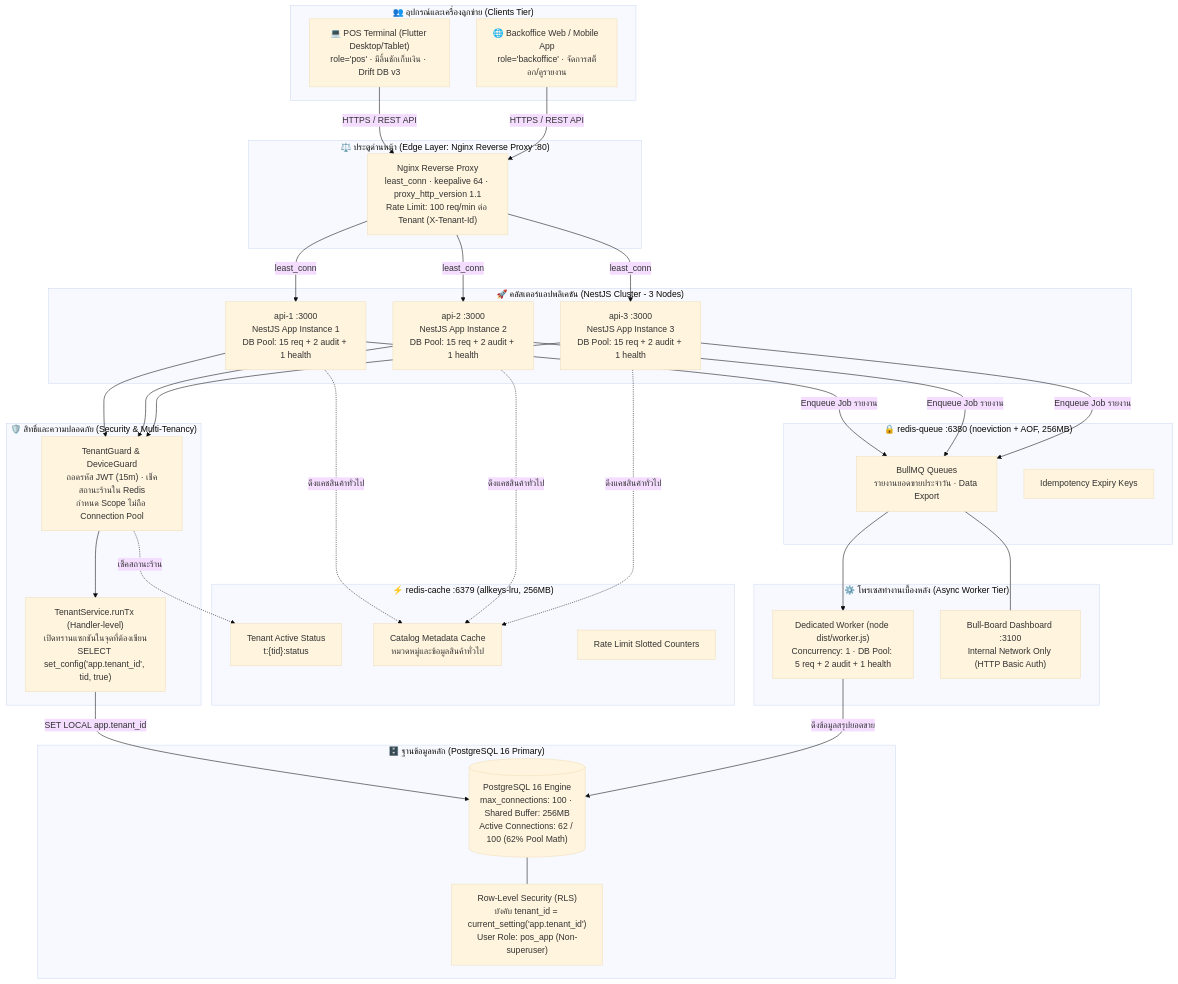
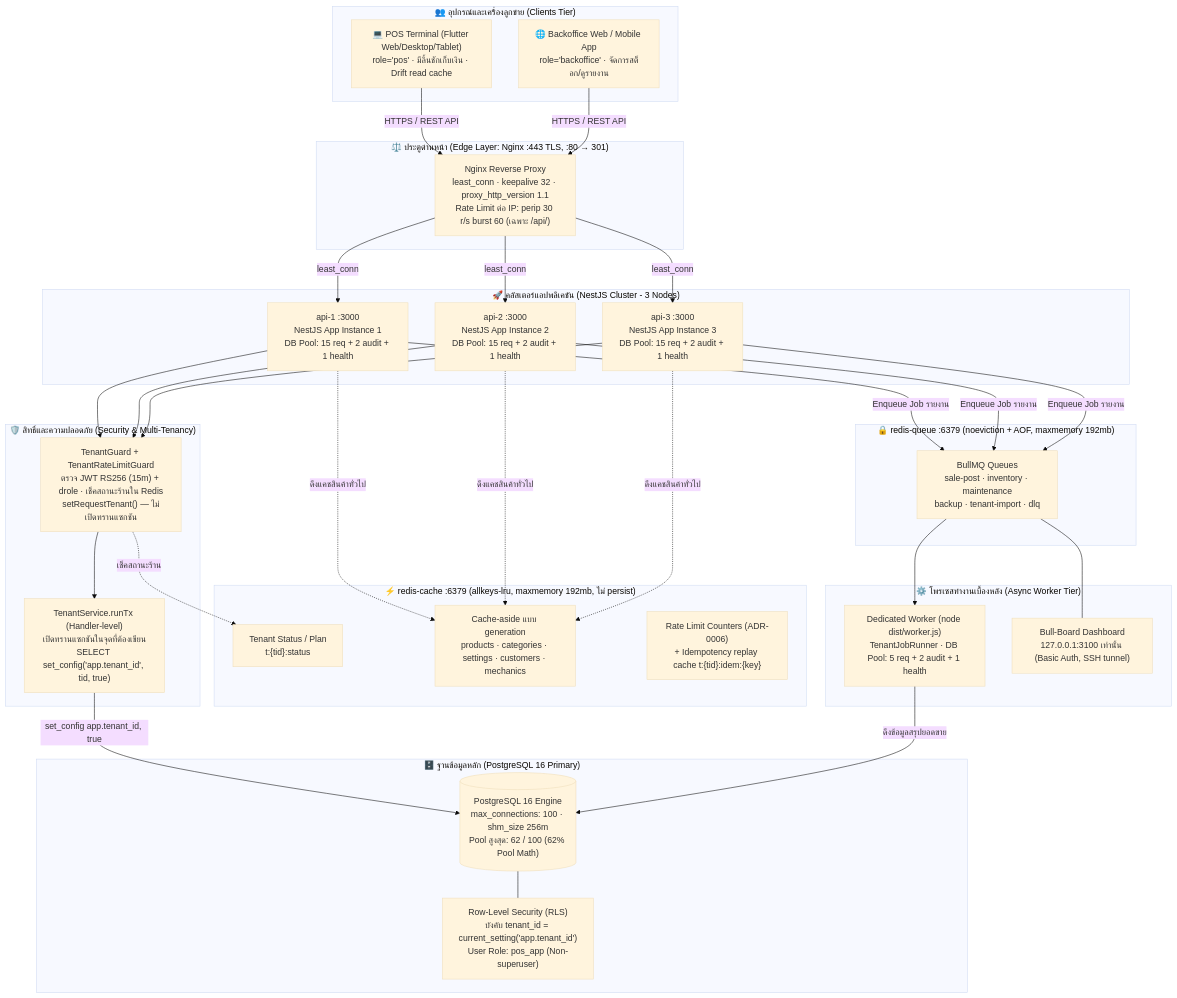
The first of 4 diagrams in docs/Backend_design/architecture.md (NuimanLP/srisurart-pos-flutter), drawn with Mermaid (base theme) before and after one commit. The commit also changed other lines of this file and 15 other files, not shown here.

````diff
--- a/docs/Backend_design/architecture.md
+++ b/docs/Backend_design/architecture.md
@@ -51,60 +59,59 @@
 ```mermaid
 flowchart TD
     subgraph Clients["👥 อุปกรณ์และเครื่องลูกข่าย (Clients Tier)"]
-        POS_DEV["💻 POS Terminal (Flutter Desktop/Tablet)<br/>role='pos' · มีลิ้นชักเก็บเงิน · Drift DB v3"]
+        POS_DEV["💻 POS Terminal (Flutter Web/Desktop/Tablet)<br/>role='pos' · มีลิ้นชักเก็บเงิน · Drift read cache"]
         BO_DEV["🌐 Backoffice Web / Mobile App<br/>role='backoffice' · จัดการสต็อก/ดูรายงาน"]
     end
 
-    subgraph EdgeLayer["⚖️ ประตูด่านหน้า (Edge Layer: Nginx Reverse Proxy :80)"]
-        NGINX["Nginx Reverse Proxy<br/>least_conn · keepalive 64 · proxy_http_version 1.1<br/>Rate Limit: 100 req/min ต่อ Tenant (X-Tenant-Id)"]
+    subgraph EdgeLayer["⚖️ ประตูด่านหน้า (Edge Layer: Nginx :443 TLS, :80 → 301)"]
+        NGINX["Nginx Reverse Proxy<br/>least_conn · keepalive 32 · proxy_http_version 1.1<br/>Rate Limit ต่อ IP: perip 30 r/s burst 60 (เฉพาะ /api/)"]
     end
 
     subgraph BackendCluster["🚀 คลัสเตอร์แอปพลิเคชัน (NestJS Cluster - 3 Nodes)"]
         API1["api-1 :3000<br/>NestJS App Instance 1<br/>DB Pool: 15 req + 2 audit + 1 health"]
         API2["api-2 :3000<br/>NestJS App Instance 2<br/>DB Pool: 15 req + 2 audit + 1 health"]
         API3["api-3 :3000<br/>NestJS App Instance 3<br/>DB Pool: 15 req + 2 audit + 1 health"]
     end
 
     subgraph SecurityBoundary["🛡️ สิทธิ์และความปลอดภัย (Security & Multi-Tenancy)"]
-        GUARD["TenantGuard & DeviceGuard<br/>ถอดรหัส JWT (15m) · เช็คสถานะร้านใน Redis<br/>กำหนด Scope ไม่ถือ Connection Pool"]
+        GUARD["TenantGuard + TenantRateLimitGuard<br/>ตรวจ JWT RS256 (15m) + drole · เช็คสถานะร้านใน Redis<br/>setRequestTenant() — ไม่เปิดทรานแซกชัน"]
         RUN_TX["TenantService.runTx (Handler-level)<br/>เปิดทรานแซกชันในจุดที่ต้องเขียน<br/>SELECT set_config('app.tenant_id', tid, true)"]
     end
 
-    subgraph RedisCacheNode["⚡ redis-cache :6379 (allkeys-lru, 256MB)"]
-        RC_STATUS["Tenant Active Status<br/>t:{tid}:status"]
-        RC_META["Catalog Metadata Cache<br/>หมวดหมู่และข้อมูลสินค้าทั่วไป"]
-        RC_RATELIMIT["Rate Limit Slotted Counters"]
+    subgraph RedisCacheNode["⚡ redis-cache :6379 (allkeys-lru, maxmemory 192mb, ไม่ persist)"]
+        RC_STATUS["Tenant Status / Plan<br/>t:{tid}:status"]
+        RC_META["Cache-aside แบบ generation<br/>products · categories · settings · customers · mechanics"]
+        RC_RATELIMIT["Rate Limit Counters (ADR-0006)<br/>+ Idempotency replay cache t:{tid}:idem:{key}"]
     end
 
-    subgraph RedisQueueNode["🔒 redis-queue :6380 (noeviction + AOF, 256MB)"]
-        BQ_JOBS["BullMQ Queues<br/>รายงานยอดขายประจำวัน · Data Export"]
-        IDEM_EXP["Idempotency Expiry Keys"]
+    subgraph RedisQueueNode["🔒 redis-queue :6379 (noeviction + AOF, maxmemory 192mb)"]
+        BQ_JOBS["BullMQ Queues<br/>sale-post · inventory · maintenance<br/>backup · tenant-import · dlq"]
     end
 
     subgraph WorkerTier["⚙️ โพรเซสทำงานเบื้องหลัง (Async Worker Tier)"]
-        WORKER["Dedicated Worker (node dist/worker.js)<br/>Concurrency: 1 · DB Pool: 5 req + 2 audit + 1 health"]
-        BOARD["Bull-Board Dashboard :3100<br/>Internal Network Only (HTTP Basic Auth)"]
+        WORKER["Dedicated Worker (node dist/worker.js)<br/>TenantJobRunner · DB Pool: 5 req + 2 audit + 1 health"]
+        BOARD["Bull-Board Dashboard<br/>127.0.0.1:3100 เท่านั้น (Basic Auth, SSH tunnel)"]
     end
 
     subgraph DatabaseTier["🗄️ ฐานข้อมูลหลัก (PostgreSQL 16 Primary)"]
-        PG_CORE[("PostgreSQL 16 Engine<br/>max_connections: 100 · Shared Buffer: 256MB<br/>Active Connections: 62 / 100 (62% Pool Math)")]
+        PG_CORE[("PostgreSQL 16 Engine<br/>max_connections: 100 · shm_size 256m<br/>Pool สูงสุด: 62 / 100 (62% Pool Math)")]
         RLS_POL["Row-Level Security (RLS)<br/>บังคับ tenant_id = current_setting('app.tenant_id')<br/>User Role: pos_app (Non-superuser)"]
     end
 
     POS_DEV & BO_DEV -->|HTTPS / REST API| NGINX
     NGINX -->|least_conn| API1 & API2 & API3
 
     API1 & API2 & API3 --> GUARD
     GUARD -.->|เช็คสถานะร้าน| RC_STATUS
     GUARD --> RUN_TX
 
-    RUN_TX -->|SET LOCAL app.tenant_id| PG_CORE
+    RUN_TX -->|set_config app.tenant_id, true| PG_CORE
     PG_CORE --- RLS_POL
 
     API1 & API2 & API3 -.->|ดึงแคชสินค้าทั่วไป| RC_META
     API1 & API2 & API3 -->|Enqueue Job รายงาน| BQ_JOBS
 
     BQ_JOBS --> WORKER
     WORKER -->|ดึงข้อมูลสรุปยอดขาย| PG_CORE
     BQ_JOBS --- BOARD
 ```
````
